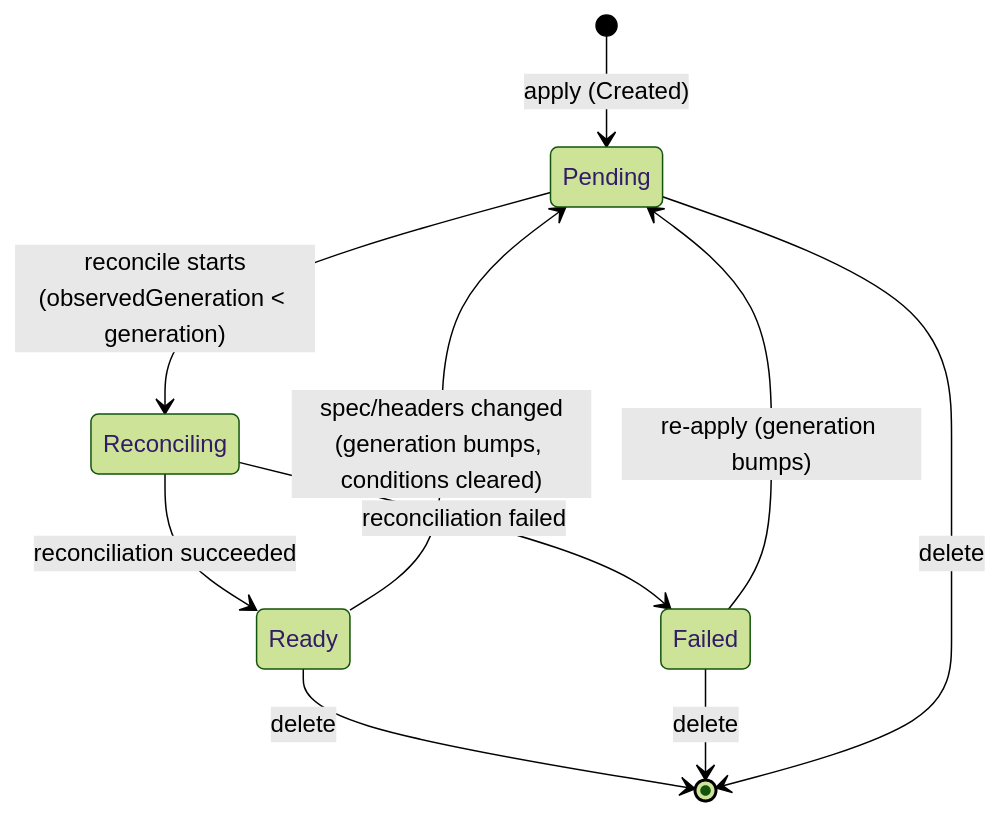
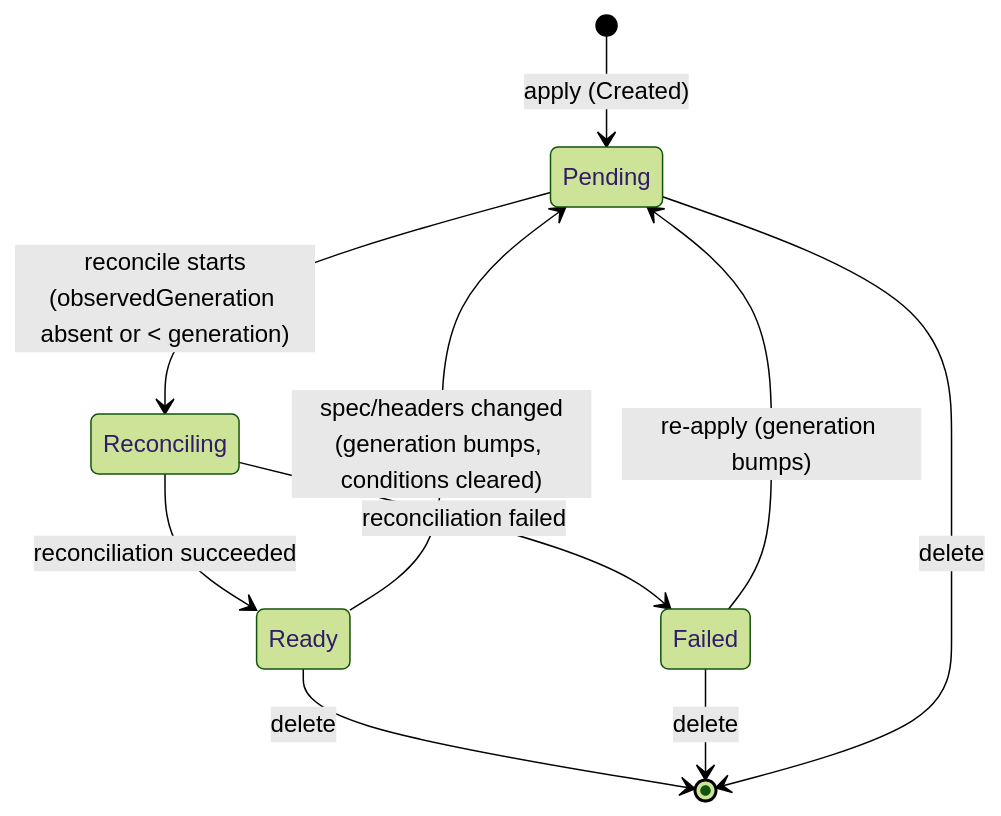
One commit to kamu-data/kamu-cli changed the seventh of 7 diagrams in docs/internal/resources-framework.md. Above: the diagram before and after it, drawn with Mermaid (forest theme). The commit also changed other lines of this file and 89 other files, not shown here.

````diff
--- a/docs/internal/resources-framework.md
+++ b/docs/internal/resources-framework.md
@@ -1010,12 +1017,12 @@
 ```mermaid
 stateDiagram-v2
     [*] --> Pending: apply (Created)
-    Pending --> Reconciling: reconcile starts<br/>(observedGeneration < generation)
+    Pending --> Reconciling: reconcile starts<br/>(observedGeneration absent or < generation)
     Reconciling --> Ready: reconciliation succeeded
     Reconciling --> Failed: reconciliation failed
     Ready --> Pending: spec/headers changed<br/>(generation bumps, conditions cleared)
     Failed --> Pending: re-apply (generation bumps)
     Ready --> [*]: delete
     Failed --> [*]: delete
     Pending --> [*]: delete
 ```
````
